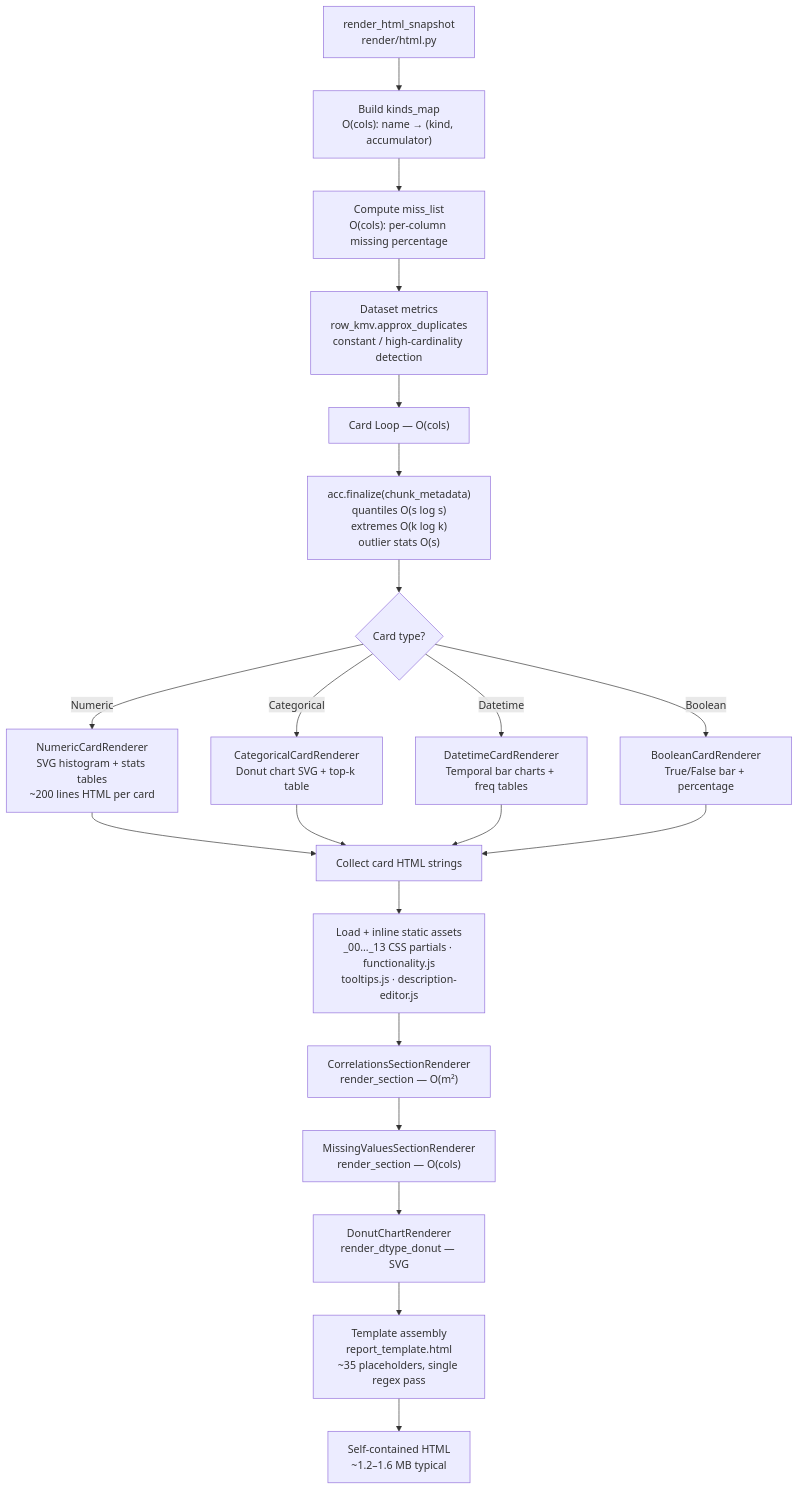
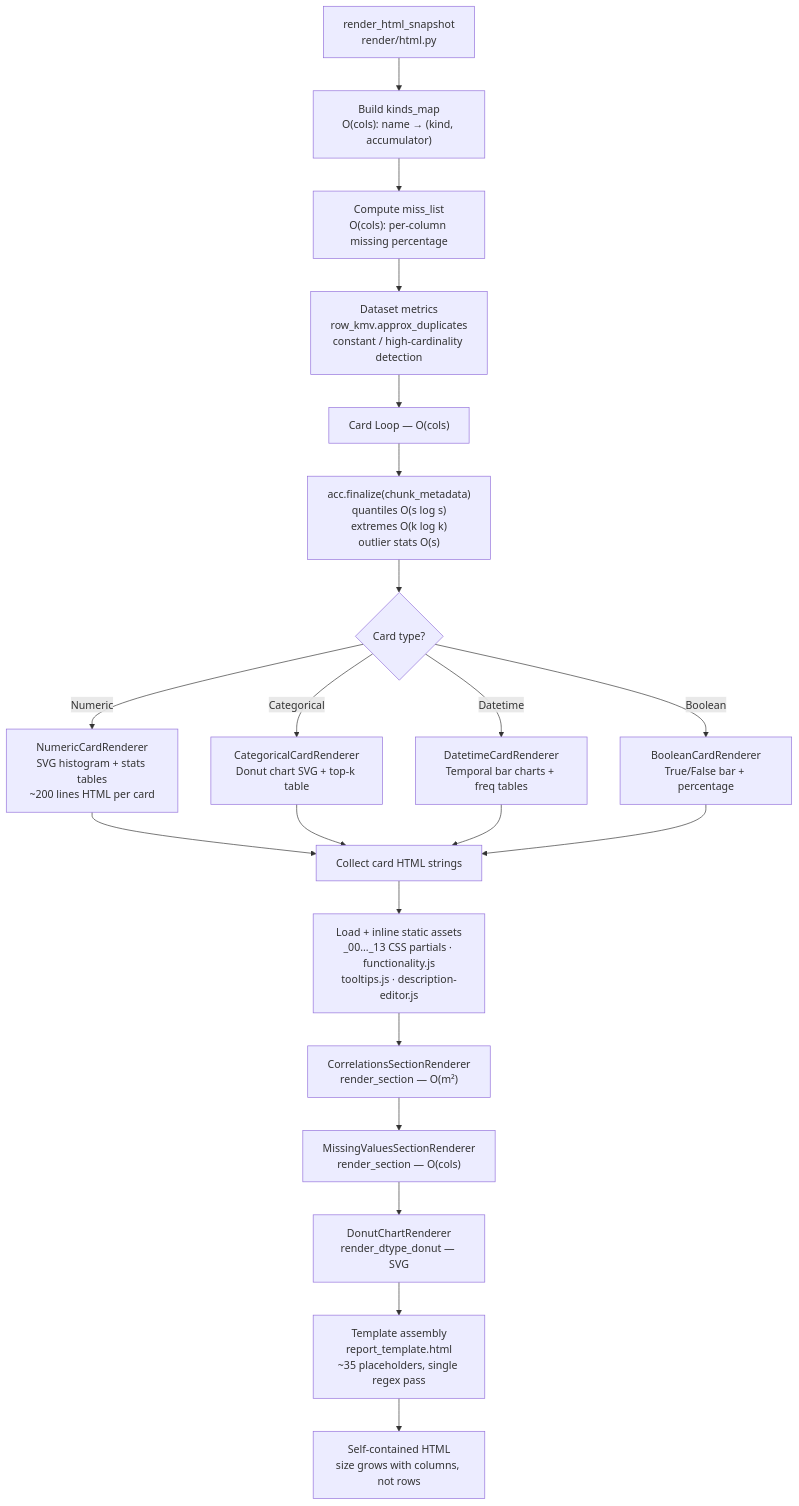
One commit to alvarodiez20/pysuricata changed the fourth of 4 diagrams in docs/architecture-diagrams.md. Above: the diagram before and after it, drawn with Mermaid. The commit also changed other lines of this file and 7 other files, not shown here.

````diff
--- a/docs/architecture-diagrams.md
+++ b/docs/architecture-diagrams.md
@@ -145,26 +145,26 @@
 ```mermaid
 flowchart TD
     A["render_html_snapshot\nrender/html.py"] --> B["Build kinds_map\nO(cols): name → (kind, accumulator)"]
     B --> C["Compute miss_list\nO(cols): per-column missing percentage"]
     C --> D["Dataset metrics\nrow_kmv.approx_duplicates\nconstant / high-cardinality detection"]
     D --> E["Card Loop — O(cols)"]
     E --> F["acc.finalize(chunk_metadata)\nquantiles O(s log s)\nextremes O(k log k)\noutlier stats O(s)"]
     F --> G{"Card type?"}
 
     G -->|"Numeric"| G1["NumericCardRenderer\nSVG histogram + stats tables\n~200 lines HTML per card"]
     G -->|"Categorical"| G2["CategoricalCardRenderer\nDonut chart SVG + top-k table"]
     G -->|"Datetime"| G3["DatetimeCardRenderer\nTemporal bar charts + freq tables"]
     G -->|"Boolean"| G4["BooleanCardRenderer\nTrue/False bar + percentage"]
 
     G1 --> H["Collect card HTML strings"]
     G2 --> H
     G3 --> H
     G4 --> H
 
     H --> I["Load + inline static assets\n_00..._13 CSS partials · functionality.js\ntooltips.js · description-editor.js"]
     I --> J["CorrelationsSectionRenderer\nrender_section — O(m²)"]
     J --> K_node["MissingValuesSectionRenderer\nrender_section — O(cols)"]
     K_node --> L["DonutChartRenderer\nrender_dtype_donut — SVG"]
     L --> M["Template assembly\nreport_template.html\n~35 placeholders, single regex pass"]
-    M --> N["Self-contained HTML\n~1.2–1.6 MB typical"]
+    M --> N["Self-contained HTML\nsize grows with columns, not rows"]
 ```
````
